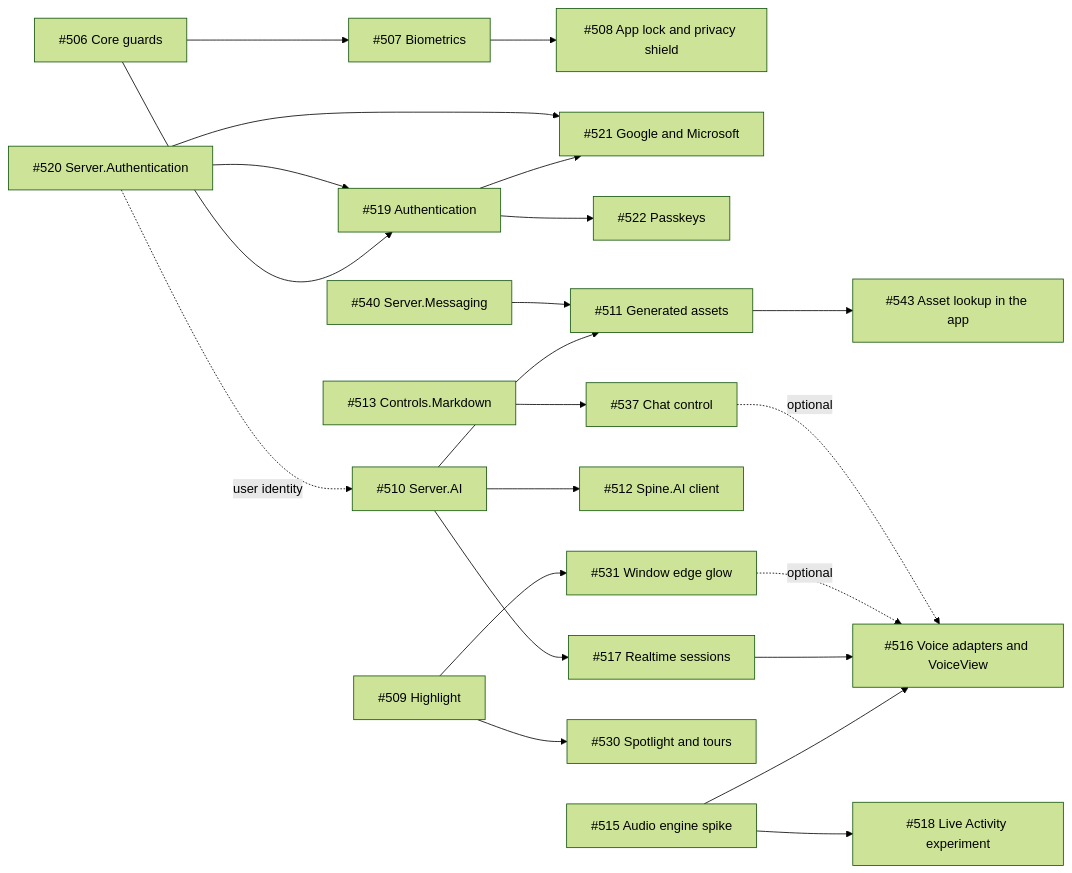
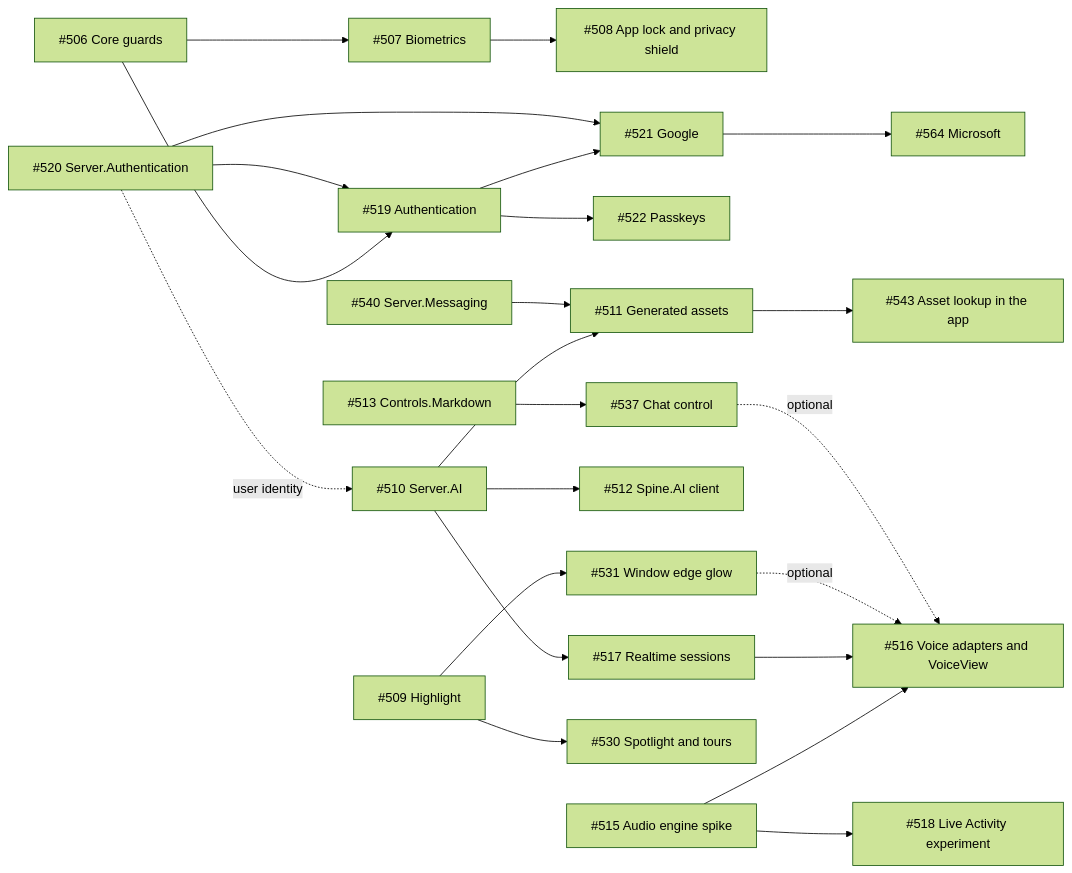
The diagram in docs/plans/ai-and-security.md (jonatansoderberg/Maui.Spine), drawn with Mermaid (forest theme) before and after one commit. The commit also changed other lines of this file and 27 other files, not shown here.

````diff
--- a/docs/plans/ai-and-security.md
+++ b/docs/plans/ai-and-security.md
@@ -64,24 +65,25 @@
 ```mermaid
 graph LR
   G[#506 Core guards] --> BIO[#507 Biometrics]
   BIO --> LOCK[#508 App lock and privacy shield]
   G --> AUTH[#519 Authentication]
   SA[#520 Server.Authentication] --> AUTH
-  AUTH --> GM[#521 Google and Microsoft]
+  AUTH --> GM[#521 Google]
+  GM --> MS[#564 Microsoft]
   SA --> GM
   AUTH --> PK[#522 Passkeys]
   MD[#513 Controls.Markdown] --> CHAT
   AI[#510 Server.AI] --> ASSET[#511 Generated assets]
   MSG[#540 Server.Messaging] --> ASSET
   ASSET --> ASSETC[#543 Asset lookup in the app]
   AI --> CL[#512 Spine.AI client]
   AI --> RT[#517 Realtime sessions]
   VE[#515 Audio engine spike] --> VO[#516 Voice adapters and VoiceView]
   RT --> VO
   VE --> LA[#518 Live Activity experiment]
   HL[#509 Highlight] --> SPOT[#530 Spotlight and tours]
   HL --> EDGE[#531 Window edge glow]
   EDGE -.optional.-> VO
   CHAT[#537 Chat control] -.optional.-> VO
   SA -.user identity.-> AI
 ```
````
